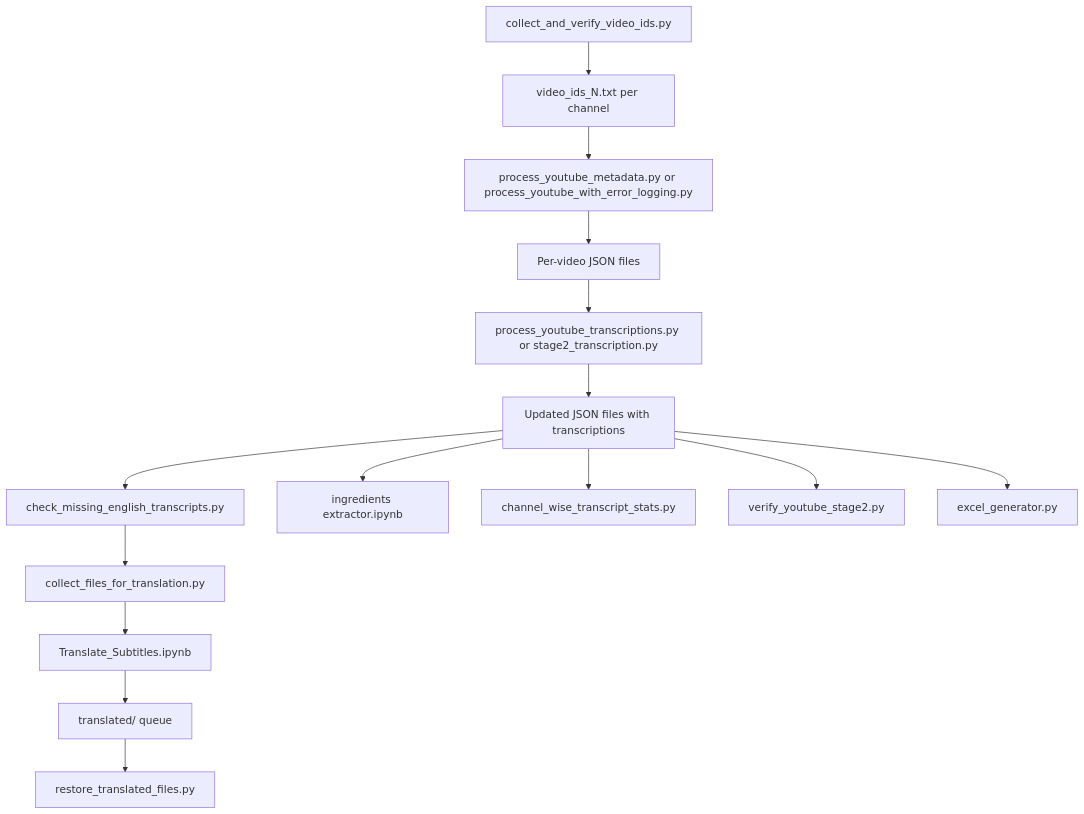
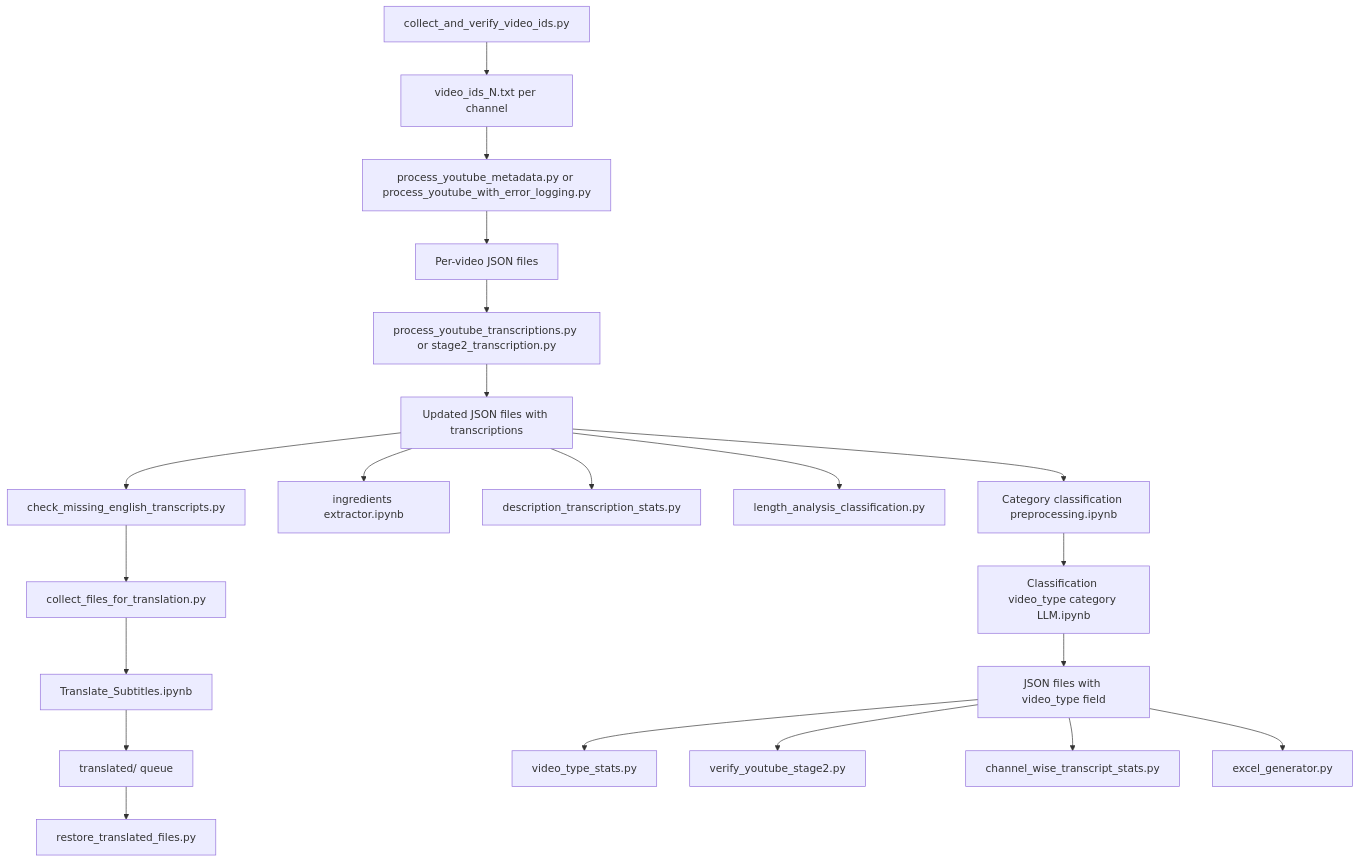
The first of 2 diagrams in pipeline.md (kirthanps/youtube-scraper), drawn with Mermaid before and after one commit. The commit also changed other lines of this file and 6 other files, not shown here.

Commit message:
added documentation and updated pipeline.md for video_type

````diff
--- a/pipeline.md
+++ b/pipeline.md
@@ -60,17 +61,23 @@
 ```mermaid
 flowchart TD
     A[collect_and_verify_video_ids.py] --> B[video_ids_N.txt per channel]
     B --> C[process_youtube_metadata.py or process_youtube_with_error_logging.py]
     C --> D[Per-video JSON files]
     D --> E[process_youtube_transcriptions.py or stage2_transcription.py]
     E --> F[Updated JSON files with transcriptions]
     F --> G[check_missing_english_transcripts.py]
     G --> H[collect_files_for_translation.py]
     H --> I[Translate_Subtitles.ipynb]
     I --> J[translated/ queue]
     J --> K[restore_translated_files.py]
     F --> L[ingredients extractor.ipynb]
-    F --> M[channel_wise_transcript_stats.py]
-    F --> N[verify_youtube_stage2.py]
-    F --> O[excel_generator.py]
+    F --> M[description_transcription_stats.py]
+    F --> N[length_analysis_classification.py]
+    F --> O[Category classification preprocessing.ipynb]
+    O --> P[Classification video_type category LLM.ipynb]
+    P --> Q[JSON files with video_type field]
+    Q --> R[video_type_stats.py]
+    Q --> S[verify_youtube_stage2.py]
+    Q --> T[channel_wise_transcript_stats.py]
+    Q --> U[excel_generator.py]
 ```
````
